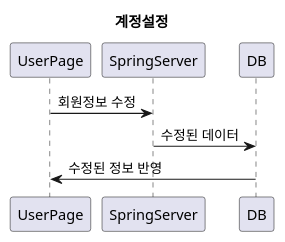
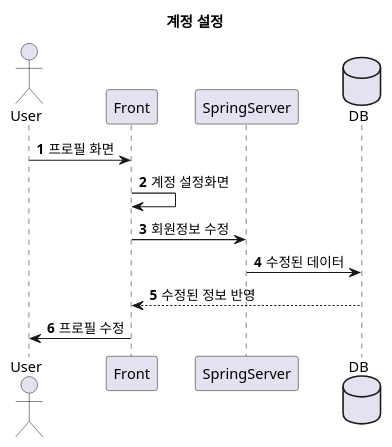
The third of 9 diagrams in frontend/src/views/MIT(SSD).wsd (worldforest/MIT-myitteam), drawn with PlantUML before and after one commit. The commit also changed other lines of this file, not shown here.

```diff
--- a/frontend/src/views/MIT(SSD).wsd
+++ b/frontend/src/views/MIT(SSD).wsd
@@ -15,6 +25,12 @@
 @startuml
-title 계정설정
-UserPage->SpringServer:회원정보 수정
+title 계정 설정
+autonumber
+actor User
+User->Front:프로필 화면
+Front->Front:계정 설정화면
+Front->SpringServer:회원정보 수정
+database DB
 SpringServer->DB:수정된 데이터
-DB->UserPage:수정된 정보 반영
+DB-->Front:수정된 정보 반영
+Front->User:프로필 수정
 @enduml
```
